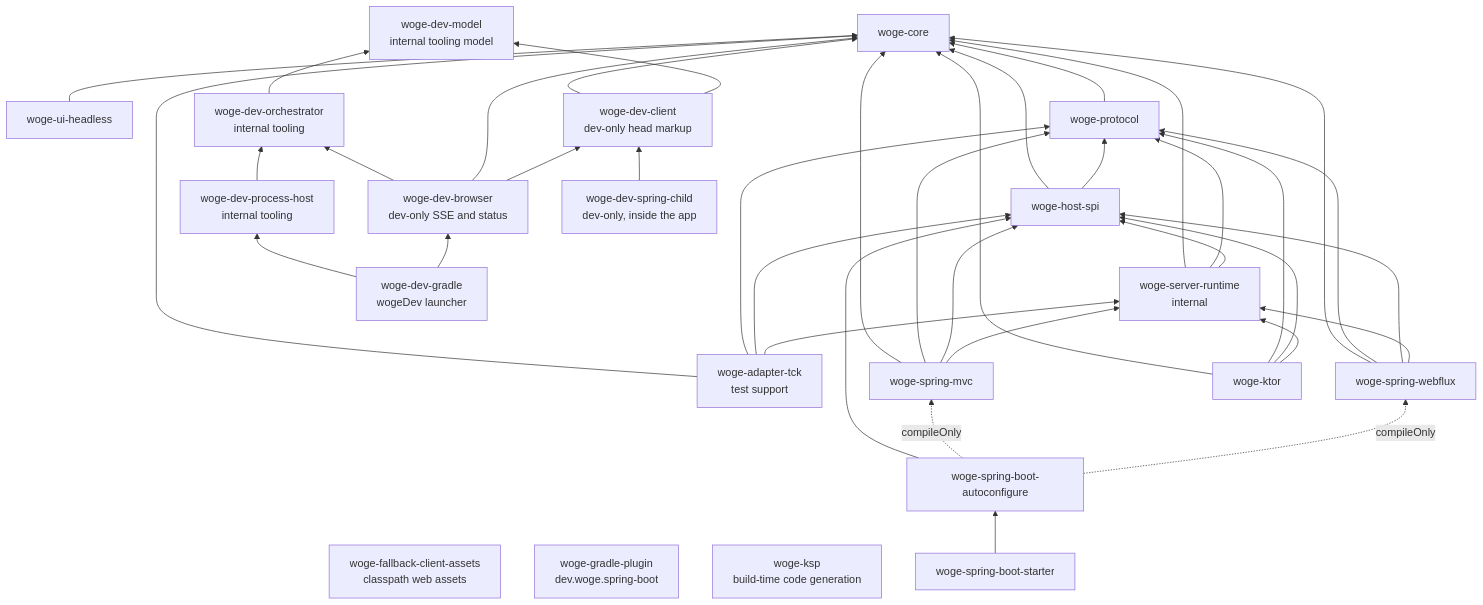
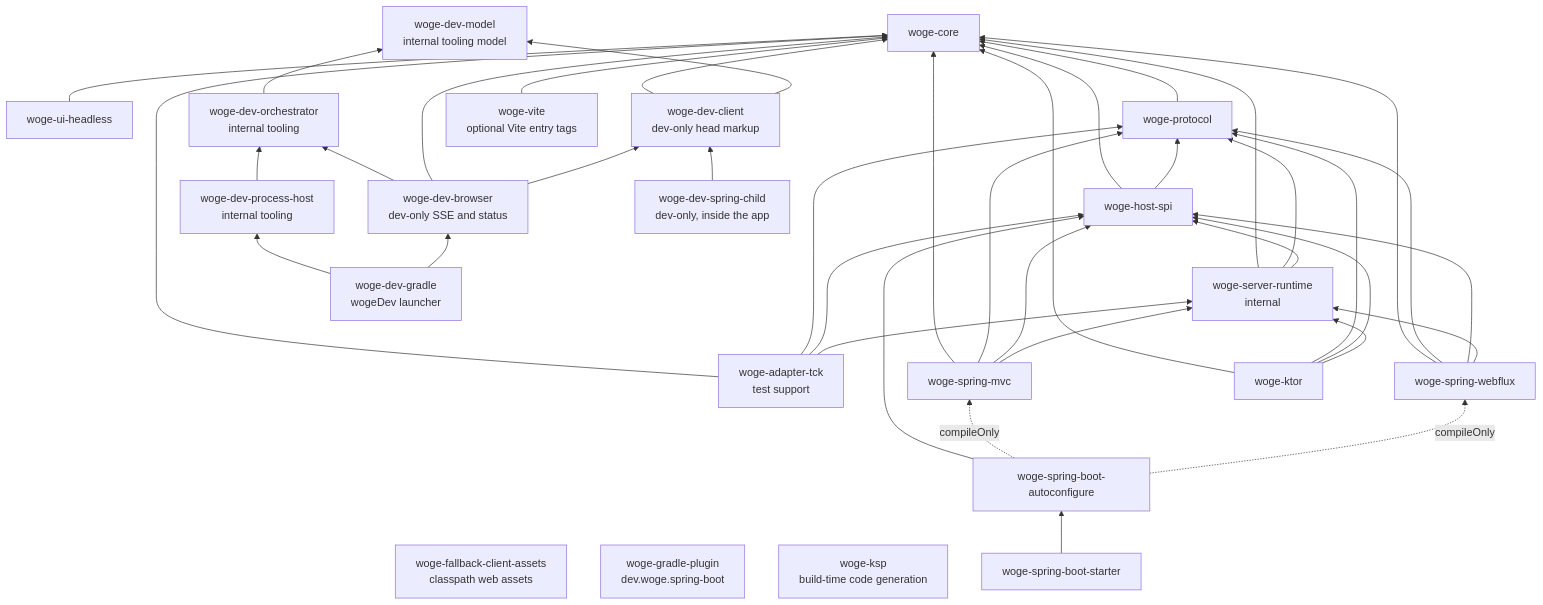
One commit to christian-draeger/woge changed the diagram in docs/architecture/module-graph.md. Above: the diagram before and after it, drawn with Mermaid. The commit also changed 51 other files, not shown here.

First line of the commit message:
feat(vite): add optional Vite frontend adapter

````diff
--- a/docs/architecture/module-graph.md
+++ b/docs/architecture/module-graph.md
@@ -8,44 +8,45 @@
 ```mermaid
 flowchart BT
     UI[woge-ui-headless] --> Core[woge-core]
     Assets[woge-fallback-client-assets<br/>classpath web assets]
     Protocol[woge-protocol] --> Core
     SPI[woge-host-spi] --> Core
     SPI --> Protocol
     Runtime[woge-server-runtime<br/>internal] --> Core
     Runtime --> Protocol
     Runtime --> SPI
     DevModel[woge-dev-model<br/>internal tooling model]
     DevOrchestrator[woge-dev-orchestrator<br/>internal tooling] --> DevModel
     DevProcess[woge-dev-process-host<br/>internal tooling] --> DevOrchestrator
     DevBrowser[woge-dev-browser<br/>dev-only SSE and status] --> DevOrchestrator
     DevBrowser --> Core
     DevBrowser --> DevClient
     DevClient[woge-dev-client<br/>dev-only head markup] --> Core
     DevClient --> DevModel
     DevChild[woge-dev-spring-child<br/>dev-only, inside the app] --> DevClient
     DevGradle[woge-dev-gradle<br/>wogeDev launcher] --> DevProcess
     DevGradle --> DevBrowser
     GradlePlugin[woge-gradle-plugin<br/>dev.woge.spring-boot]
     Ksp[woge-ksp<br/>build-time code generation]
     TCK[woge-adapter-tck<br/>test support] --> Core
     TCK --> Protocol
     TCK --> SPI
     TCK --> Runtime
     MVC[woge-spring-mvc] --> Core
     MVC --> Protocol
     MVC --> SPI
     MVC --> Runtime
     WebFlux[woge-spring-webflux] --> Core
     WebFlux --> Protocol
     WebFlux --> SPI
     WebFlux --> Runtime
     Ktor[woge-ktor] --> Core
     Ktor --> Protocol
     Ktor --> SPI
     Ktor --> Runtime
+    Vite[woge-vite<br/>optional Vite entry tags] --> Core
     Auto[woge-spring-boot-autoconfigure] --> SPI
     Auto -. compileOnly .-> MVC
     Auto -. compileOnly .-> WebFlux
     Starter[woge-spring-boot-starter] --> Auto
 ```
````
